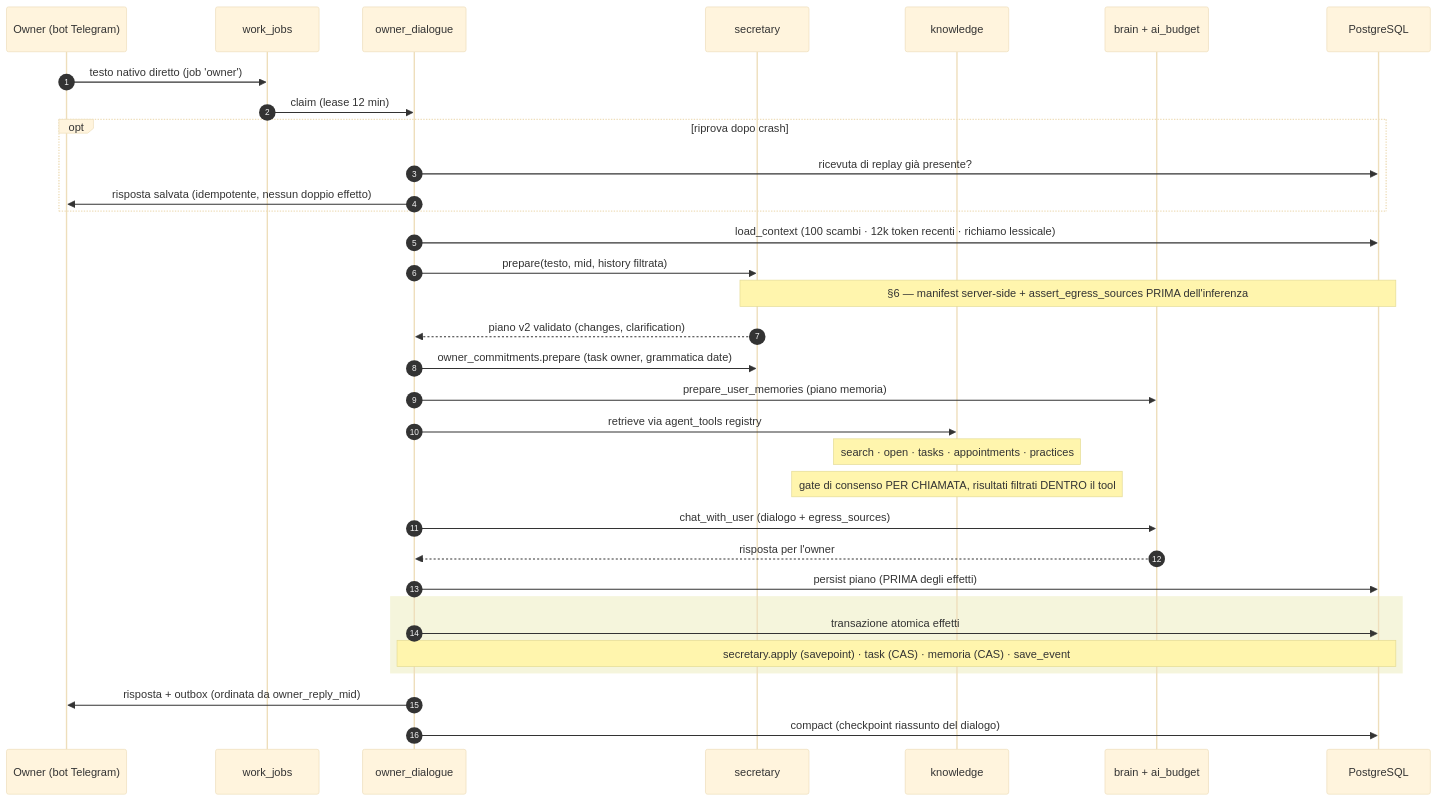
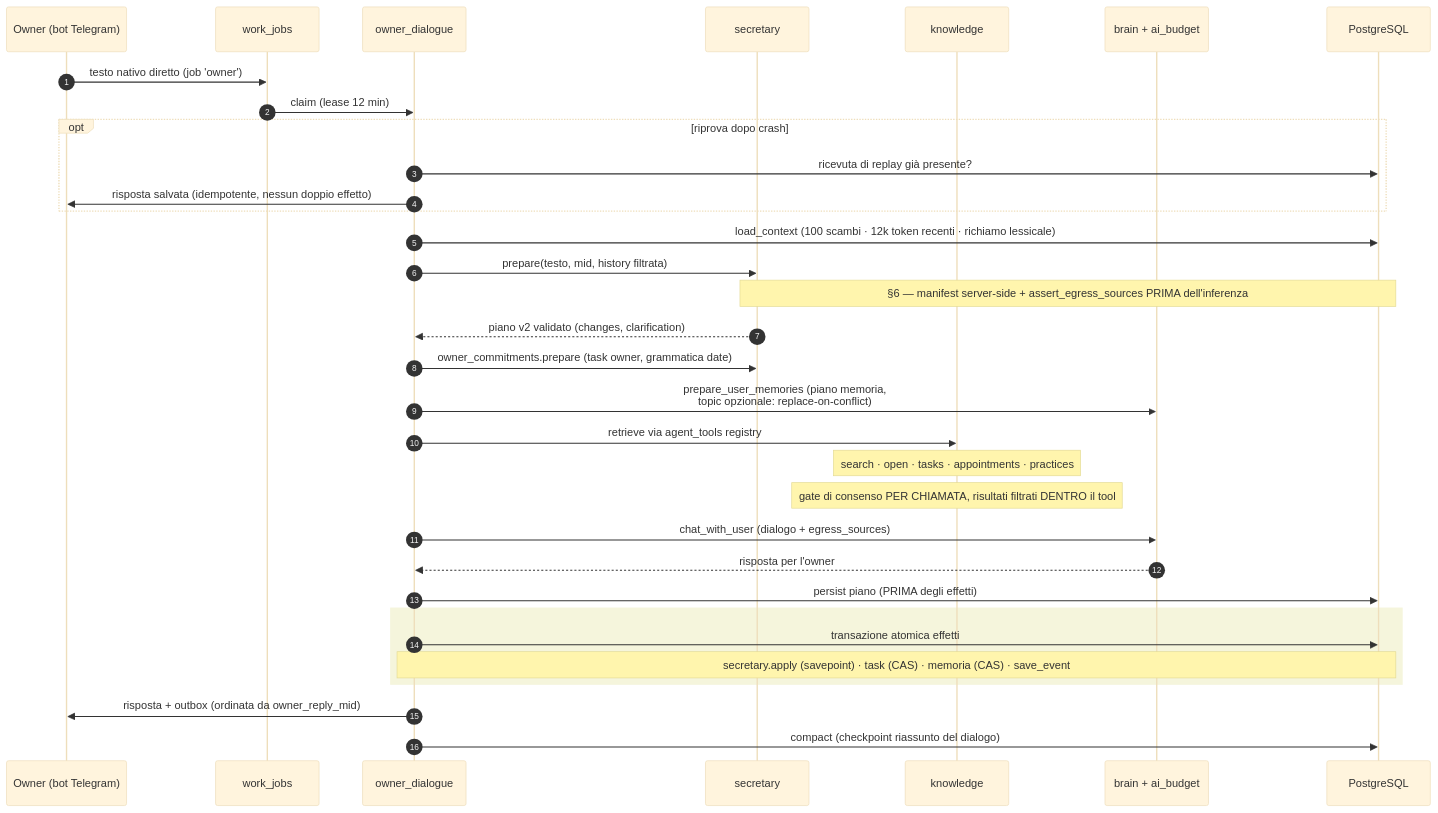
One commit to Hypaz-AI/p-secretary changed the fourth of 16 diagrams in AGENT_FLOWS.md. Above: the diagram before and after it, drawn with Mermaid (base theme). The commit also changed other lines of this file and 9 other files, not shown here.

````diff
--- a/AGENT_FLOWS.md
+++ b/AGENT_FLOWS.md
@@ -183,36 +184,36 @@
 ```mermaid
 sequenceDiagram
     autonumber
     participant O as Owner (bot Telegram)
     participant Q as work_jobs
     participant D as owner_dialogue
     participant S as secretary
     participant K as knowledge
     participant B as brain + ai_budget
     participant DB as PostgreSQL
 
     O->>Q: testo nativo diretto (job 'owner')
     Q->>D: claim (lease 12 min)
     opt riprova dopo crash
         D->>DB: ricevuta di replay già presente?
         D->>O: risposta salvata (idempotente, nessun doppio effetto)
     end
     D->>DB: load_context (100 scambi · 12k token recenti · richiamo lessicale)
     D->>S: prepare(testo, mid, history filtrata)
     Note over S,DB: §6 — manifest server-side + assert_egress_sources PRIMA dell'inferenza
     S-->>D: piano v2 validato (changes, clarification)
     D->>S: owner_commitments.prepare (task owner, grammatica date)
-    D->>B: prepare_user_memories (piano memoria)
+    D->>B: prepare_user_memories (piano memoria,<br/>topic opzionale: replace-on-conflict)
     D->>K: retrieve via agent_tools registry
     Note over K: search · open · tasks · appointments · practices
     Note over K: gate di consenso PER CHIAMATA, risultati filtrati DENTRO il tool
     D->>B: chat_with_user (dialogo + egress_sources)
     B-->>D: risposta per l'owner
     D->>DB: persist piano (PRIMA degli effetti)
     rect rgb(245,245,220)
         D->>DB: transazione atomica effetti
         Note over D,DB: secretary.apply (savepoint) · task (CAS) · memoria (CAS) · save_event
     end
     D->>O: risposta + outbox (ordinata da owner_reply_mid)
     D->>DB: compact (checkpoint riassunto del dialogo)
 ```
````
